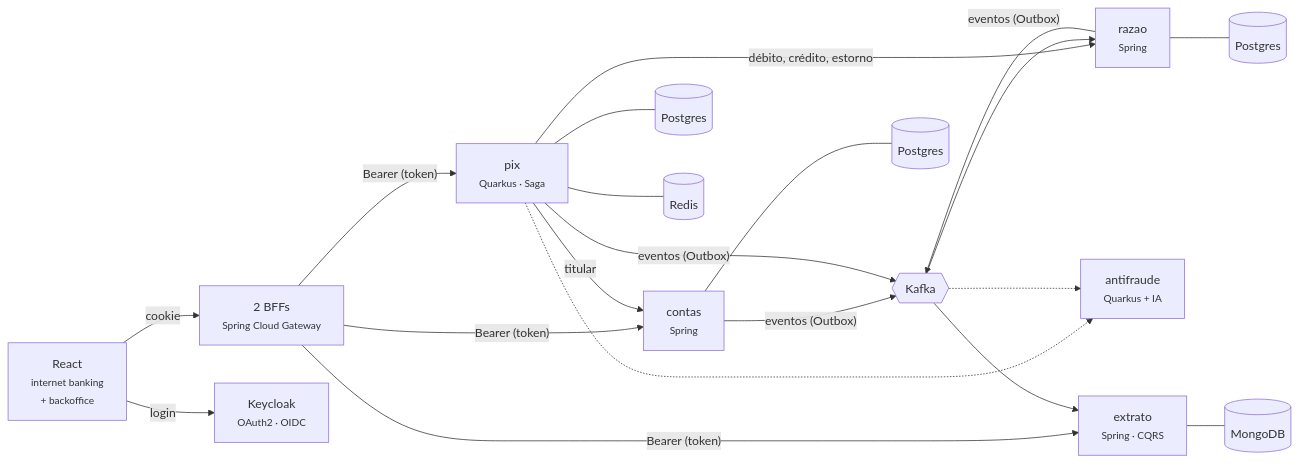
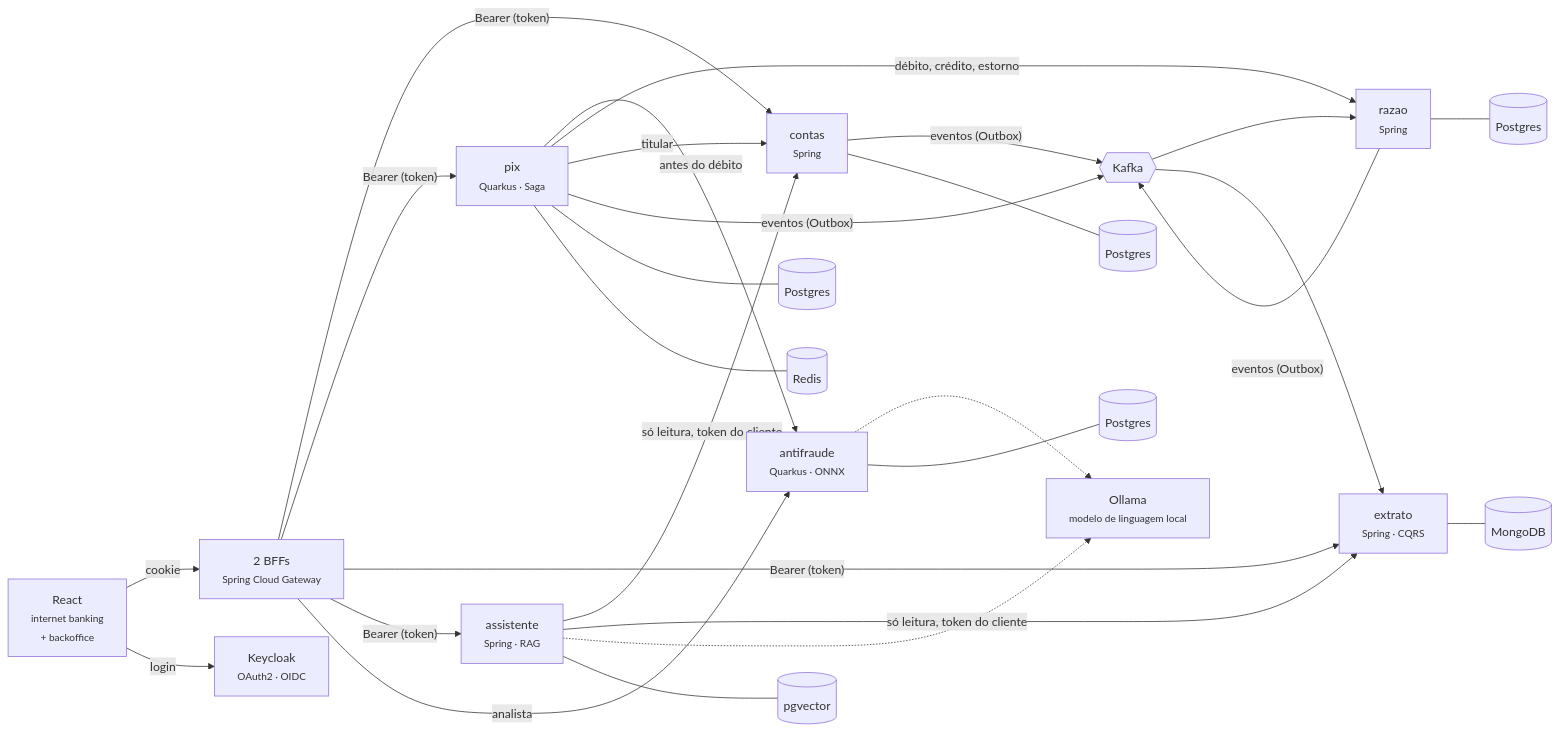
One commit to alanjoffre/ledgerly-bank changed the diagram in README.md. Above: the diagram before and after it, drawn with Mermaid. The commit also changed other lines of this file and 185 other files, not shown here.

First line of the commit message:
Fase 5 — IA aplicada (antifraude ONNX, Pix retido, explicação e assistente locais)

````diff
--- a/README.md
+++ b/README.md
@@ -55,16 +58,21 @@
 ```mermaid
 flowchart LR
     web["React<br/><small>internet banking<br/>+ backoffice</small>"] -- cookie --> gw["2 BFFs<br/><small>Spring Cloud Gateway</small>"]
     web -- login --> kc["Keycloak<br/><small>OAuth2 · OIDC</small>"]
     gw -- "Bearer (token)" --> contas["contas<br/><small>Spring</small>"] & pix["pix<br/><small>Quarkus · Saga</small>"] & extrato["extrato<br/><small>Spring · CQRS</small>"]
-    pix -.-> antifraude["antifraude<br/><small>Quarkus + IA</small>"]
+    gw -- "Bearer (token)" --> assistente["assistente<br/><small>Spring · RAG</small>"]
+    pix -- "antes do débito" --> antifraude["antifraude<br/><small>Quarkus · ONNX</small>"]
+    gw -- "analista" --> antifraude
+    assistente -- "só leitura, token do cliente" --> contas & extrato
+    antifraude & assistente -.-> ollama["Ollama<br/><small>modelo de linguagem local</small>"]
     pix -- "débito, crédito, estorno" --> razao["razao<br/><small>Spring</small>"]
     pix -- titular --> contas
     contas & razao & pix -- "eventos (Outbox)" --> kafka{{Kafka}}
     kafka --> razao & extrato
-    kafka -.-> antifraude
     contas --- pg1[(Postgres)]
     razao --- pg2[(Postgres)]
     pix --- pg3[(Postgres)] & redis[(Redis)]
     extrato --- mongo[(MongoDB)]
+    antifraude --- pg4[(Postgres)]
+    assistente --- pgvector[(pgvector)]
 ```
````
